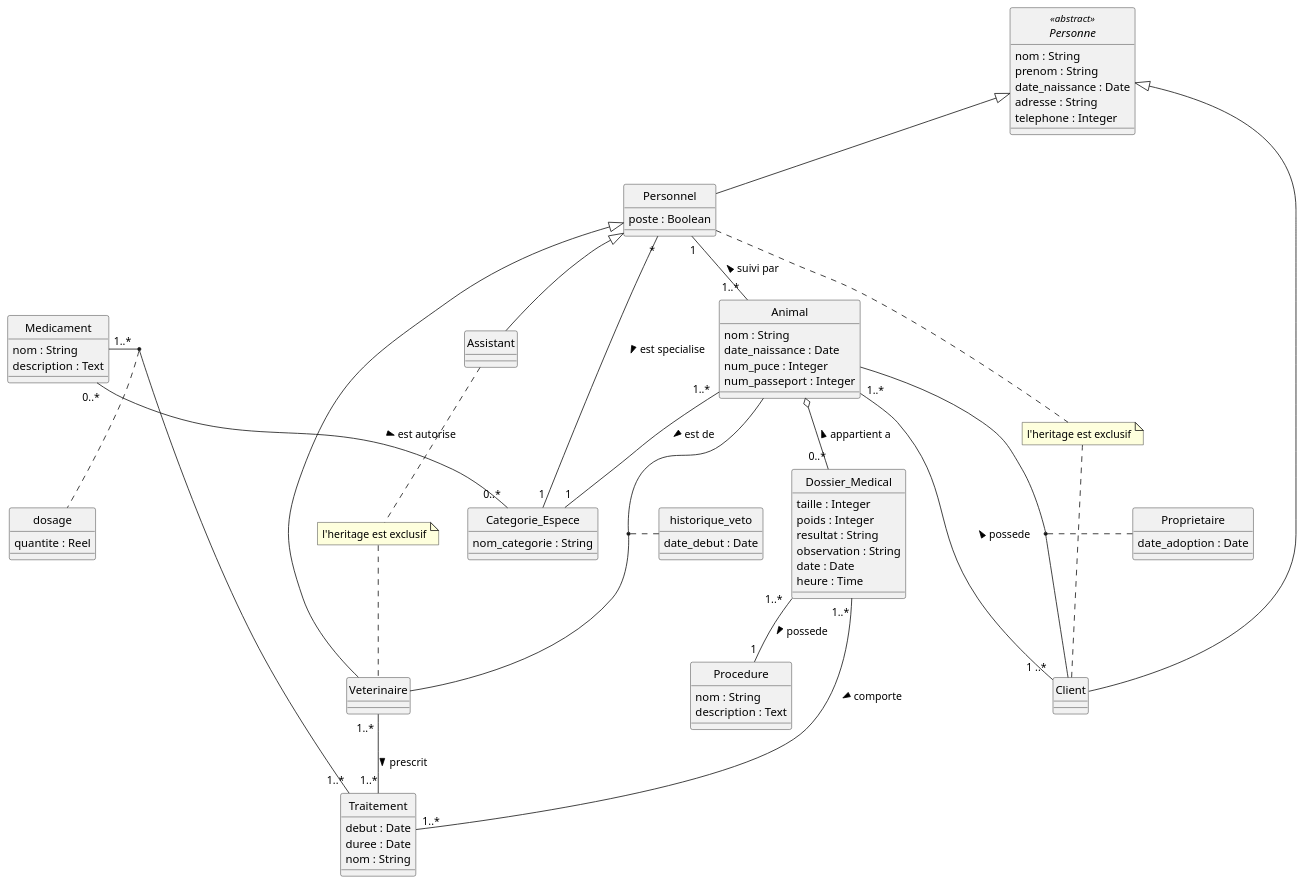
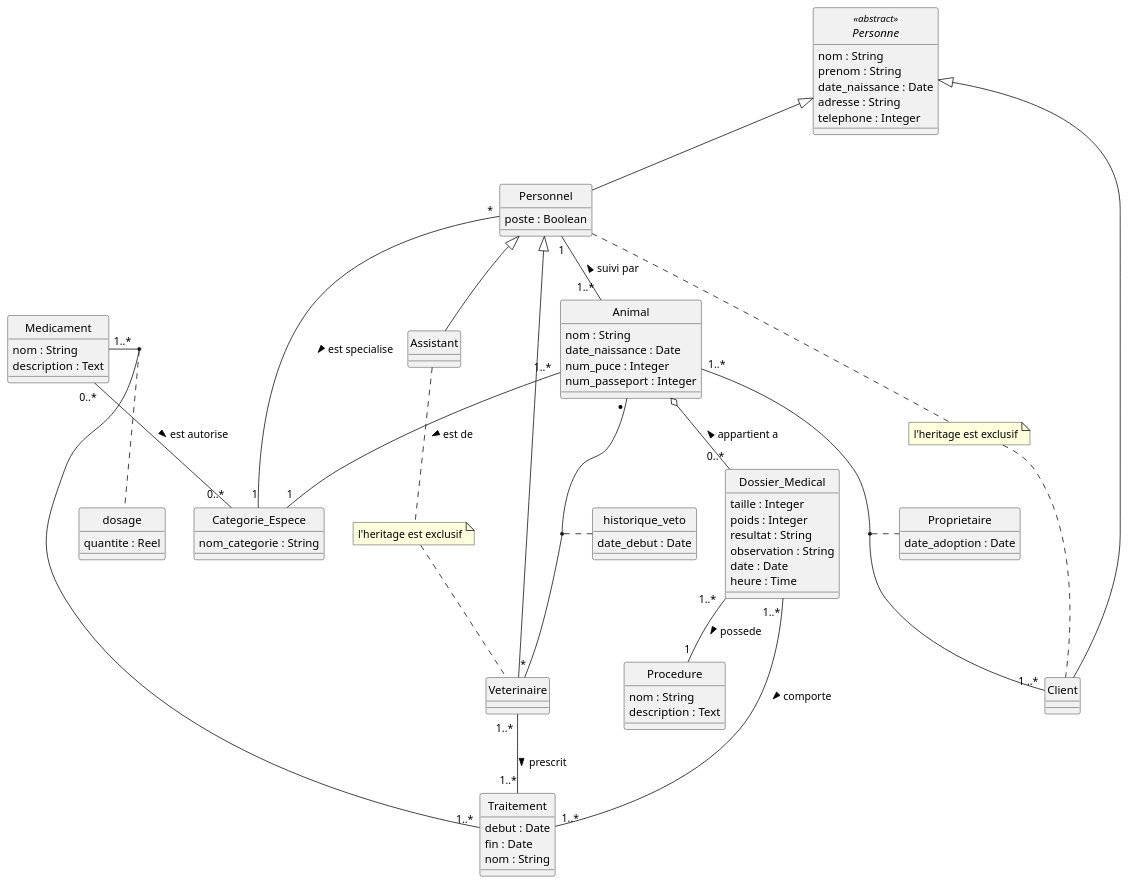
Before and after one commit to eddymonji/Clinique_Veterinaire: the diagram in veto.plantuml, drawn with PlantUML.

Commit message:
dans traitement: changé duree -> fin. Corrigé la relation entre animal et Client

```diff
--- a/veto.plantuml
+++ b/veto.plantuml
@@ -1,107 +1,109 @@
 @startuml Clinique Veterinaire
 skinparam Style strictuml
 skinparam SequenceMessageAlignment center
 
 abstract class Personne <<abstract>> {
     nom : String 
     prenom : String
     date_naissance : Date
     adresse : String
     telephone : Integer
 }
 
 class Personnel {
     poste : Boolean 
 }
 
 class Veterinaire
 
 class Assistant
 
 class Client {
 }
 
 class Animal {
     nom : String
     date_naissance : Date 
     num_puce : Integer
     num_passeport : Integer
 }
 
 class Categorie_Espece{
     nom_categorie : String
 }
 
 class Medicament {
     nom : String
     description : Text
 }
 
 class Traitement {
     debut : Date
-    duree : Date 
+    fin : Date 
     nom : String
 
 }
 
 class Dossier_Medical {
     taille : Integer
     poids : Integer
     resultat : String
     observation : String
     date : Date 
     heure : Time 
 }
 
 class Procedure{
     nom : String
     description : Text 
 }
 
 class dosage {
     quantite : Reel
 }
 
 class historique_veto {
     date_debut : Date
 }
 
 class Proprietaire{
     date_adoption : Date
 }
 
 
 Medicament "1..*" - "1..*" Traitement
 (Medicament, Traitement) .. dosage
 
 Personne <|-- Personnel
 Personne <|-- Client
 
 Personnel <|-- Assistant
 Personnel <|-- Veterinaire
 Personnel "*" -- "1" Categorie_Espece : est specialise >
 Personnel "1" -- "1..* " Animal : < suivi par
+Animal "* " -- "*" Veterinaire 
 (Animal, Veterinaire) .. historique_veto
-(Animal, Client) .. Proprietaire
+
 
 Animal "1..* " -- "1" Categorie_Espece : est de >
-Animal "1..* " -- "1 ..*" Client : < possede
+Animal "1..* " -- "1 ..*" Client 
+(Animal, Client) .. Proprietaire
 Animal o-- "0..*" Dossier_Medical : < appartient a 
 
 Dossier_Medical "1..* " -- "1..*" Traitement : comporte >
 Dossier_Medical "1..* " -- "1" Procedure : possede >
 
 Veterinaire "1..* " -- "1..*" Traitement : prescrit >
 
 Medicament "0..* " -- "0..*" Categorie_Espece : est autorise > 
 
 
 note "l'heritage est exclusif" as N2
 Personnel .. N2
 N2 .. Client
 
 note "l'heritage est exclusif" as N3
 Assistant .. N3
 N3 .. Veterinaire
 
 @enduml
```
